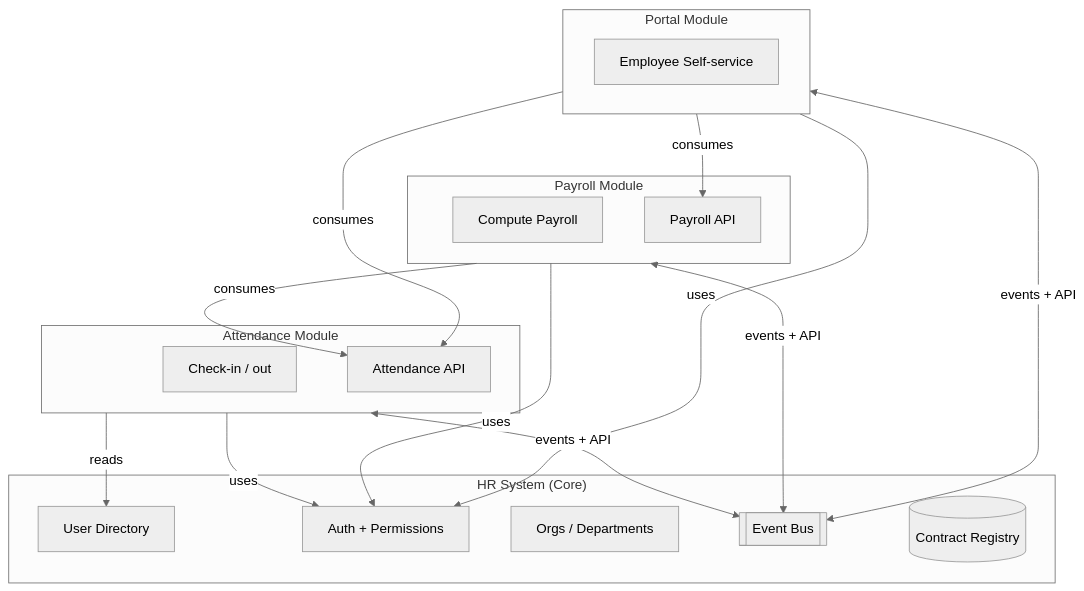
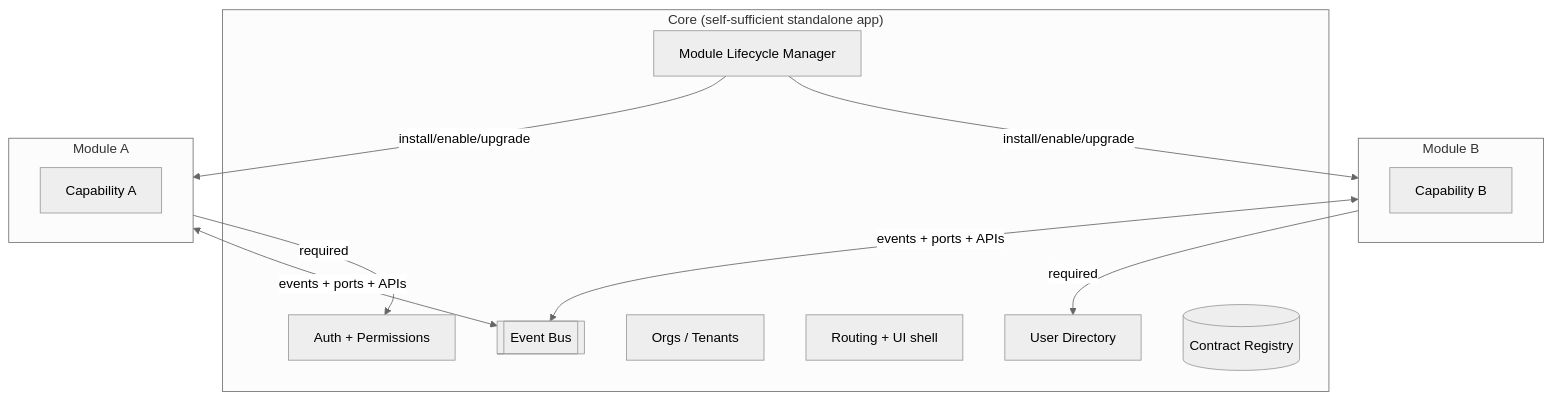
The first of 4 diagrams in .claude/knowledge/modular-architecture.md (IbrahimBadawy/claude-system-design-plugin), drawn with Mermaid (neutral theme) before and after one commit. The commit also changed other lines of this file and 7 other files, not shown here.

First line of the commit message:
v1.8.1: Formalize Modular Architecture Spec (user-authored canonical doc)

````diff
--- a/.claude/knowledge/modular-architecture.md
+++ b/.claude/knowledge/modular-architecture.md
@@ -21,38 +14,28 @@
 ```mermaid
-%% Core + Modules architecture
+%% Microkernel: Core + Modules, recursively composable
 graph TB
-    subgraph Core["HR System (Core)"]
+    subgraph Core["Core (self-sufficient standalone app)"]
         Users[User Directory]
         Auth[Auth + Permissions]
-        Orgs[Orgs / Departments]
-        Events[[Event Bus]]
-        Contracts[(Contract Registry)]
+        Orgs[Orgs / Tenants]
+        Router[Routing + UI shell]
+        Bus[[Event Bus]]
+        Reg[(Contract Registry)]
+        Lifecycle[Module Lifecycle Manager]
     end
 
-    subgraph M1["Attendance Module"]
-        Att[Check-in / out]
-        AttAPI[Attendance API]
+    subgraph M1["Module A"]
+        MA[Capability A]
+    end
+    subgraph M2["Module B"]
+        MB[Capability B]
     end
 
-    subgraph M2["Payroll Module"]
-        Pay[Compute Payroll]
-        PayAPI[Payroll API]
-    end
+    M1 <-->|events + ports + APIs| Bus
+    M2 <-->|events + ports + APIs| Bus
+    M1 -->|required| Auth
+    M2 -->|required| Users
 
-    subgraph M3["Portal Module"]
-        Portal[Employee Self-service]
-    end
-
-    M1 <-->|events + API| Events
-    M1 -->|uses| Auth
-    M1 -->|reads| Users
-
-    M2 <-->|events + API| Events
-    M2 -->|uses| Auth
-    M2 -->|consumes| AttAPI
-
-    M3 <-->|events + API| Events
-    M3 -->|uses| Auth
-    M3 -->|consumes| AttAPI
-    M3 -->|consumes| PayAPI
+    Lifecycle -->|install/enable/upgrade| M1
+    Lifecycle -->|install/enable/upgrade| M2
 ```
````
